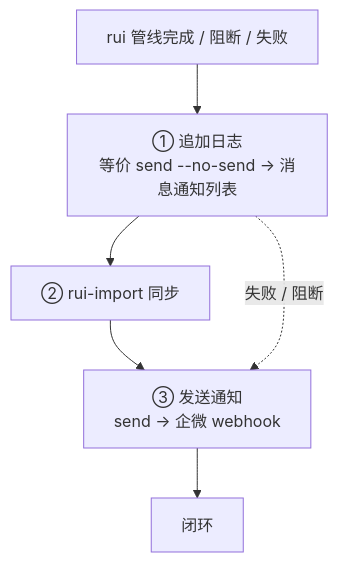
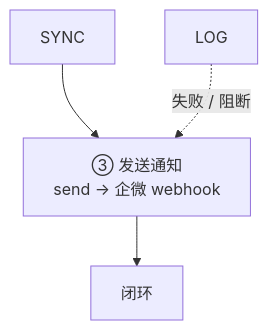
Before and after one commit to effiy/YrY: the first of 9 diagrams in skills/rui-bot/SKILL.md, drawn with Mermaid. The commit also changed other lines of this file and 91 other files, not shown here.

````diff
--- a/skills/rui-bot/SKILL.md
+++ b/skills/rui-bot/SKILL.md
@@ -23,10 +23,8 @@
 ```mermaid
 flowchart TB
-    RUI["rui 管线完成 / 阻断 / 失败"]:::src --> LOG["① 追加日志<br/>等价 send --no-send → 消息通知列表"]:::step
-    LOG --> SYNC["② rui-import 同步"]:::step
     SYNC --> SEND["③ 发送通知<br/>send → 企微 webhook"]:::step
     SEND --> DONE["闭环"]:::done
 
     LOG -.->|"失败 / 阻断"| SEND
 
 ```
````
